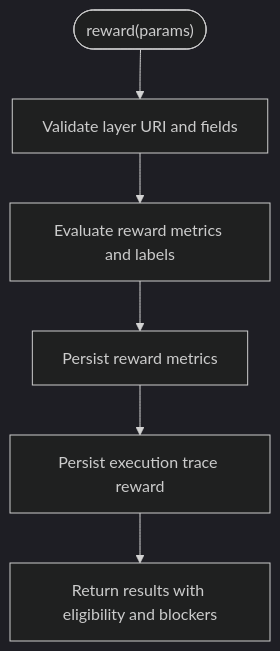
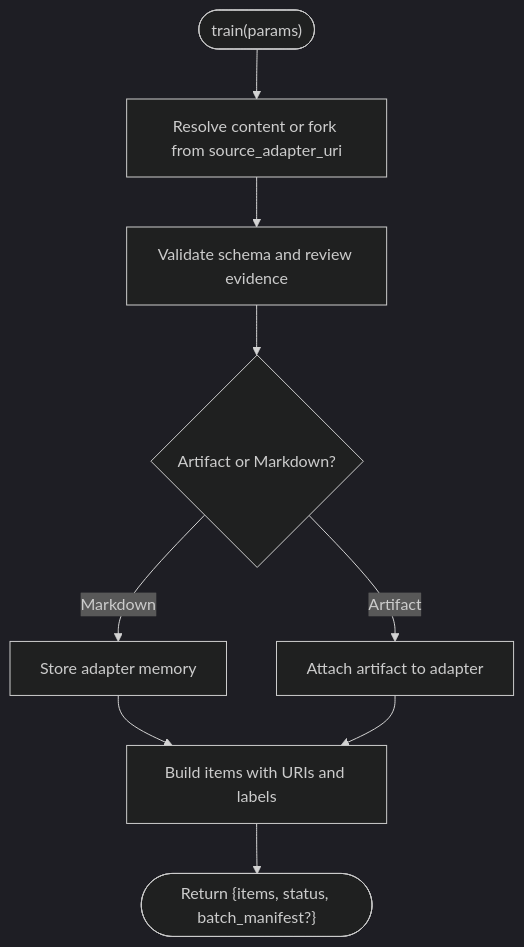
One commit to SquadRules/mcp changed the fifth of 11 diagrams in .qoder/repowiki/en/content/MCP Tools Reference/MCP Tools Reference.md. Above: the diagram before and after it, drawn with Mermaid (dark theme). The commit also changed other lines of this file and 553 other files, not shown here.

````diff
--- a/.qoder/repowiki/en/content/MCP Tools Reference/MCP Tools Reference.md
+++ b/.qoder/repowiki/en/content/MCP Tools Reference/MCP Tools Reference.md
@@ -437,8 +316,11 @@
 ```mermaid
 flowchart TD
-Start(["reward(params)"]) --> Validate["Validate layer URI and fields"]
-Validate --> Evaluate["Evaluate reward metrics and labels"]
-Evaluate --> PersistMetrics["Persist reward metrics"]
-PersistMetrics --> PersistTrace["Persist execution trace reward"]
-PersistTrace --> Output["Return results with eligibility and blockers"]
+Start(["train(params)"]) --> ResolveContent["Resolve content or fork from source_adapter_uri"]
+ResolveContent --> Validate["Validate schema and review evidence"]
+Validate --> Mode{"Artifact or Markdown?"}
+Mode --> |Markdown| StoreAdapter["Store adapter memory"]
+Mode --> |Artifact| AttachArtifact["Attach artifact to adapter"]
+StoreAdapter --> BuildItems["Build items with URIs and labels"]
+AttachArtifact --> BuildItems
+BuildItems --> End(["Return {items, status, batch_manifest?}"])
 ```
````
